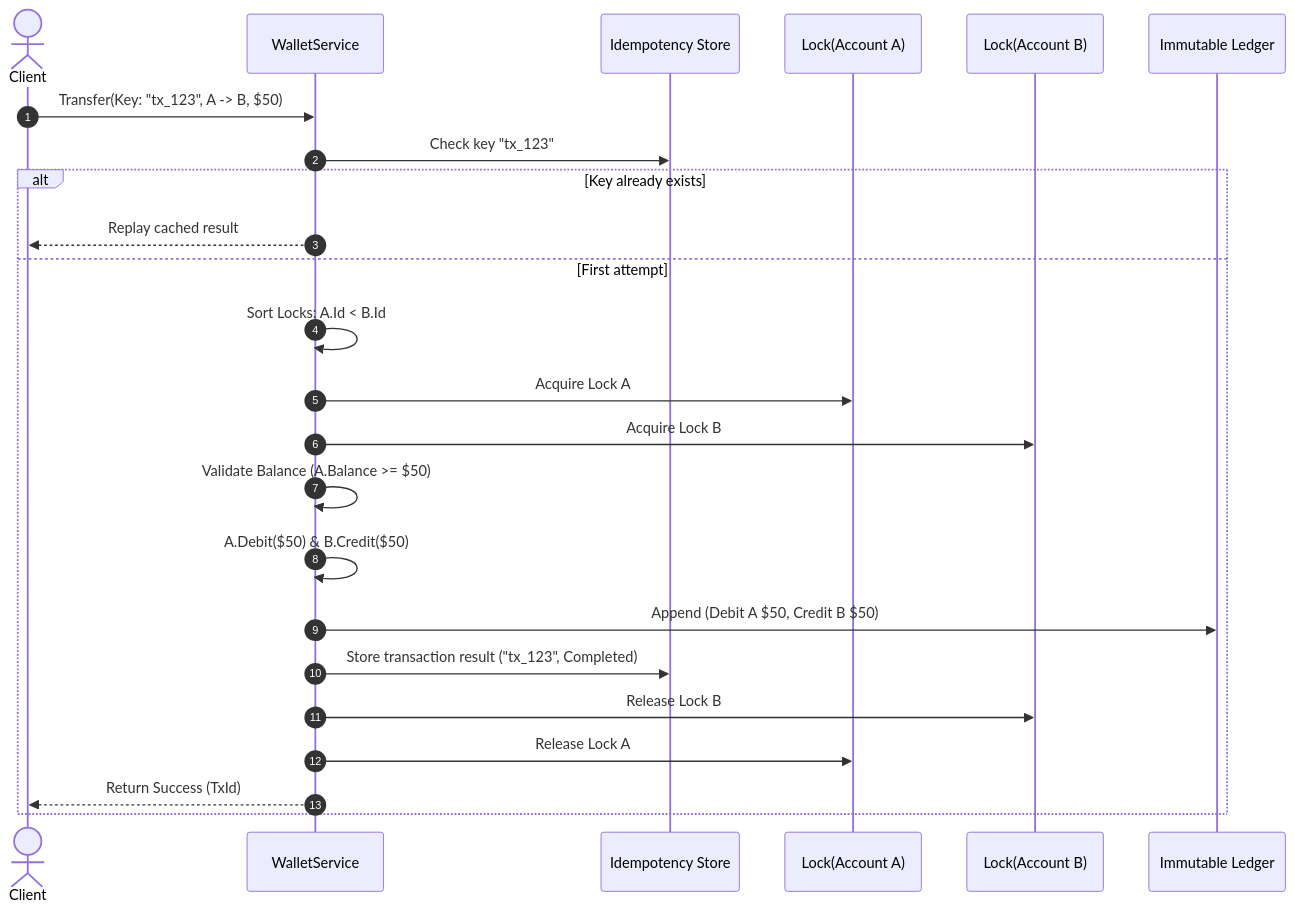
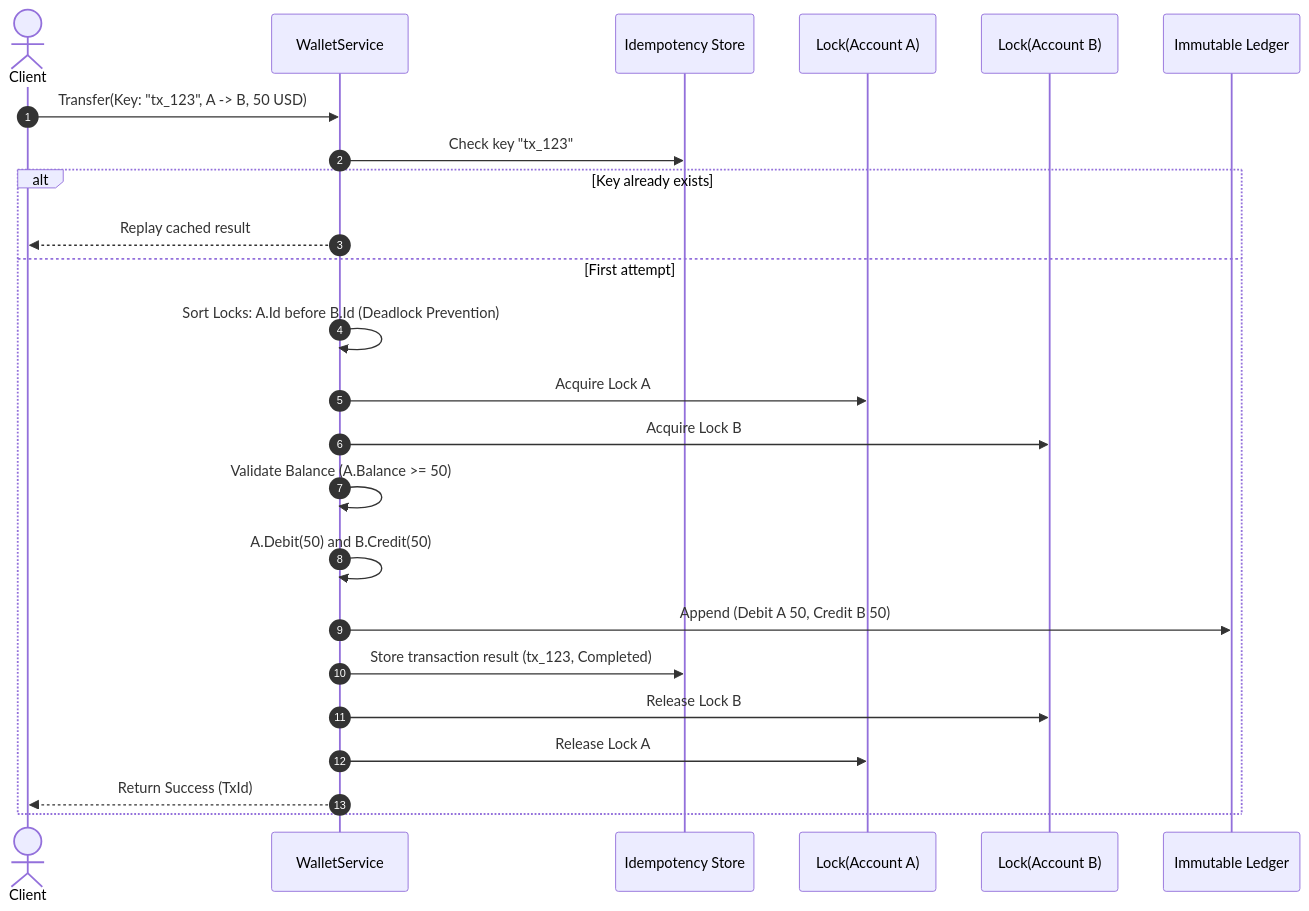
The second of 2 diagrams in LLD/04_Tier4_Senior_Backend/34_Digital_Wallet_Ledger.md (dip4k/DSA_102), drawn with Mermaid before and after one commit. The commit also changed other lines of this file and 191 other files, not shown here.

````diff
--- a/LLD/04_Tier4_Senior_Backend/34_Digital_Wallet_Ledger.md
+++ b/LLD/04_Tier4_Senior_Backend/34_Digital_Wallet_Ledger.md
@@ -288,27 +288,27 @@
 ```mermaid
 sequenceDiagram
     autonumber
     actor Client
     participant Service as WalletService
     participant Idem as Idempotency Store
     participant LockA as Lock(Account A)
     participant LockB as Lock(Account B)
     participant Ledger as Immutable Ledger
 
-    Client->>Service: Transfer(Key: "tx_123", A -> B, $50)
+    Client->>Service: Transfer(Key: "tx_123", A -> B, 50 USD)
     Service->>Idem: Check key "tx_123"
     alt Key already exists
         Service-->>Client: Replay cached result
     else First attempt
-        Service->>Service: Sort Locks: A.Id < B.Id
+        Service->>Service: Sort Locks: A.Id before B.Id (Deadlock Prevention)
         Service->>LockA: Acquire Lock A
         Service->>LockB: Acquire Lock B
-        Service->>Service: Validate Balance (A.Balance >= $50)
-        Service->>Service: A.Debit($50) & B.Credit($50)
-        Service->>Ledger: Append (Debit A $50, Credit B $50)
-        Service->>Idem: Store transaction result ("tx_123", Completed)
+        Service->>Service: Validate Balance (A.Balance >= 50)
+        Service->>Service: A.Debit(50) and B.Credit(50)
+        Service->>Ledger: Append (Debit A 50, Credit B 50)
+        Service->>Idem: Store transaction result (tx_123, Completed)
         Service->>LockB: Release Lock B
         Service->>LockA: Release Lock A
         Service-->>Client: Return Success (TxId)
     end
 ```
````
